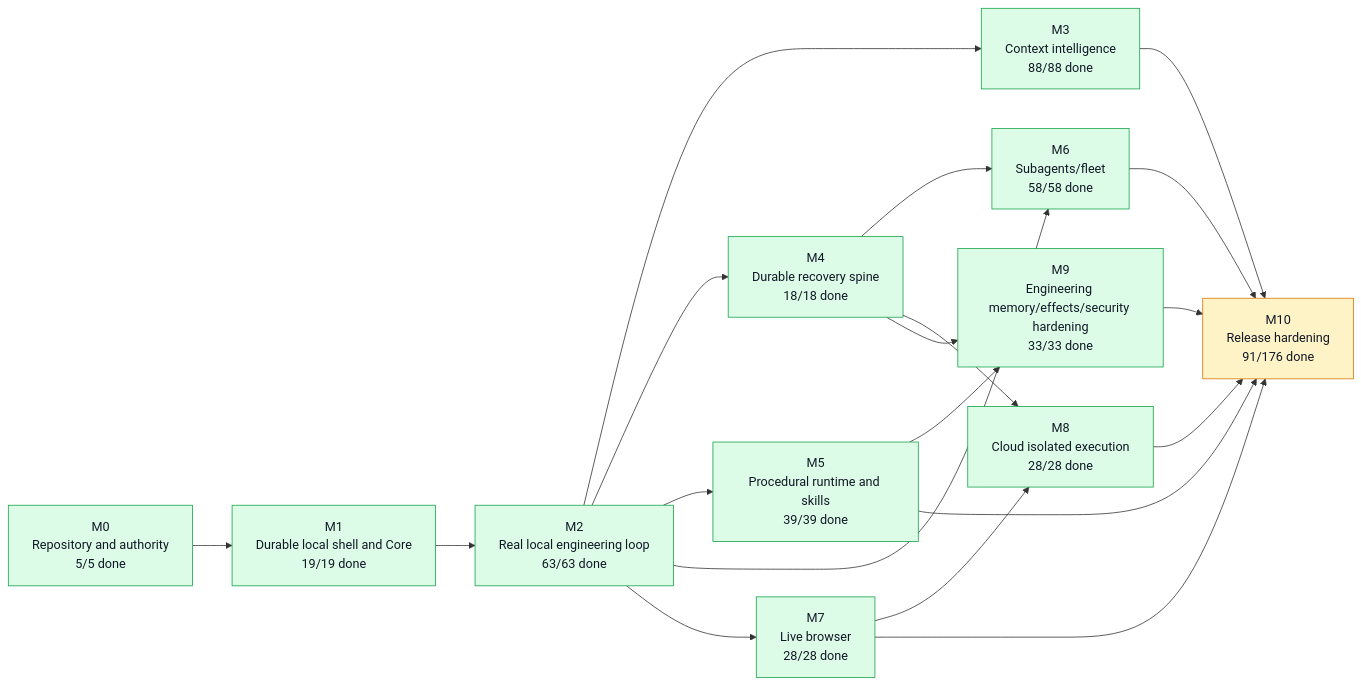
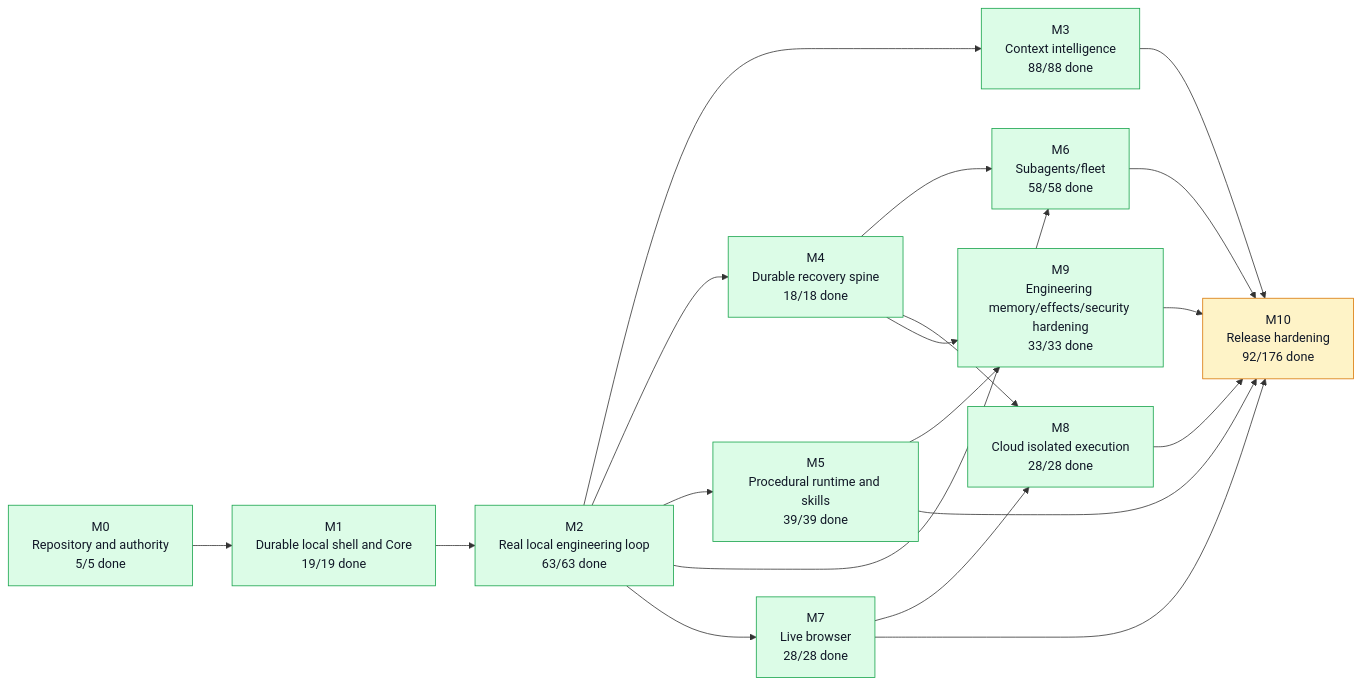
One commit to moss101/modbit changed the first of 5 diagrams in graph/PROJECT_GRAPH.md. Above: the diagram before and after it, drawn with Mermaid. The commit also changed other lines of this file and 5 other files, not shown here.

````diff
--- a/graph/PROJECT_GRAPH.md
+++ b/graph/PROJECT_GRAPH.md
@@ -57,43 +57,43 @@
 ```mermaid
 flowchart LR
   M0["M0<br/>Repository and authority<br/>5/5 done"]
   M1["M1<br/>Durable local shell and Core<br/>19/19 done"]
   M2["M2<br/>Real local engineering loop<br/>63/63 done"]
   M3["M3<br/>Context intelligence<br/>88/88 done"]
   M4["M4<br/>Durable recovery spine<br/>18/18 done"]
   M5["M5<br/>Procedural runtime and skills<br/>39/39 done"]
   M6["M6<br/>Subagents/fleet<br/>58/58 done"]
   M7["M7<br/>Live browser<br/>28/28 done"]
   M8["M8<br/>Cloud isolated execution<br/>28/28 done"]
   M9["M9<br/>Engineering memory/effects/security hardening<br/>33/33 done"]
-  M10["M10<br/>Release hardening<br/>91/176 done"]
+  M10["M10<br/>Release hardening<br/>92/176 done"]
   M0 --> M1
   M1 --> M2
   M2 --> M3
   M2 --> M4
   M2 --> M5
   M2 --> M6
   M4 --> M6
   M2 --> M7
   M4 --> M8
   M7 --> M8
   M4 --> M9
   M5 --> M9
   M3 --> M10
   M5 --> M10
   M6 --> M10
   M7 --> M10
   M8 --> M10
   M9 --> M10
   style M0 fill:#dcfce7,stroke:#16a34a,color:#111827
   style M1 fill:#dcfce7,stroke:#16a34a,color:#111827
   style M2 fill:#dcfce7,stroke:#16a34a,color:#111827
   style M3 fill:#dcfce7,stroke:#16a34a,color:#111827
   style M4 fill:#dcfce7,stroke:#16a34a,color:#111827
   style M5 fill:#dcfce7,stroke:#16a34a,color:#111827
   style M6 fill:#dcfce7,stroke:#16a34a,color:#111827
   style M7 fill:#dcfce7,stroke:#16a34a,color:#111827
   style M8 fill:#dcfce7,stroke:#16a34a,color:#111827
   style M9 fill:#dcfce7,stroke:#16a34a,color:#111827
   style M10 fill:#fef3c7,stroke:#d97706,color:#111827
 ```
````
